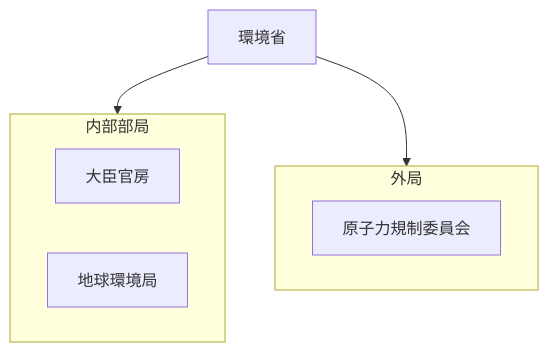
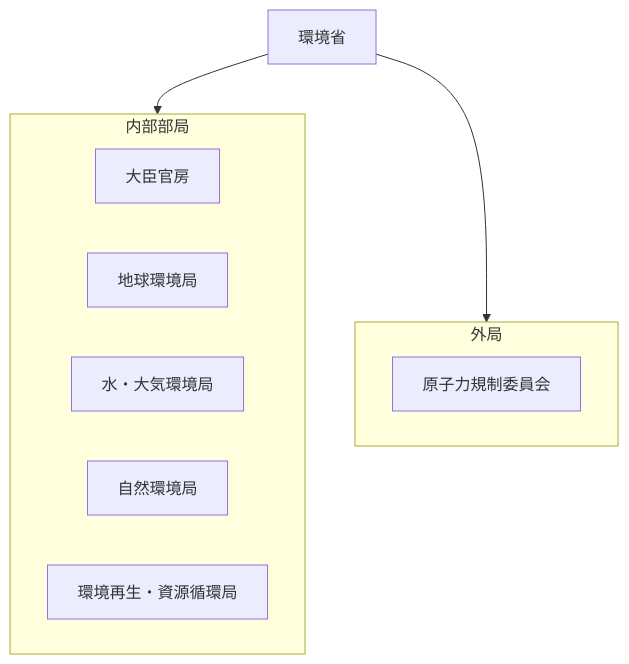
The diagram in 行政機構/環境省/README.md (tatemaru/jp-admin-org-chart), drawn with Mermaid before and after one commit. The commit also changed 12 other files, not shown here.

First line of the commit message:
chore(snapshot): 行政機構図 2025.8 に追従

````diff
--- a/行政機構/環境省/README.md
+++ b/行政機構/環境省/README.md
@@ -5,13 +5,16 @@
 ```mermaid
 flowchart TB
   root["環境省"]
   subgraph g0["内部部局"]
     n0_0["大臣官房"]
     n0_1["地球環境局"]
+    n0_2["水・大気環境局"]
+    n0_3["自然環境局"]
+    n0_4["環境再生・資源循環局"]
   end
   root --> g0
   subgraph g1["外局"]
     n1_0["原子力規制委員会"]
   end
   root --> g1
 ```
````
